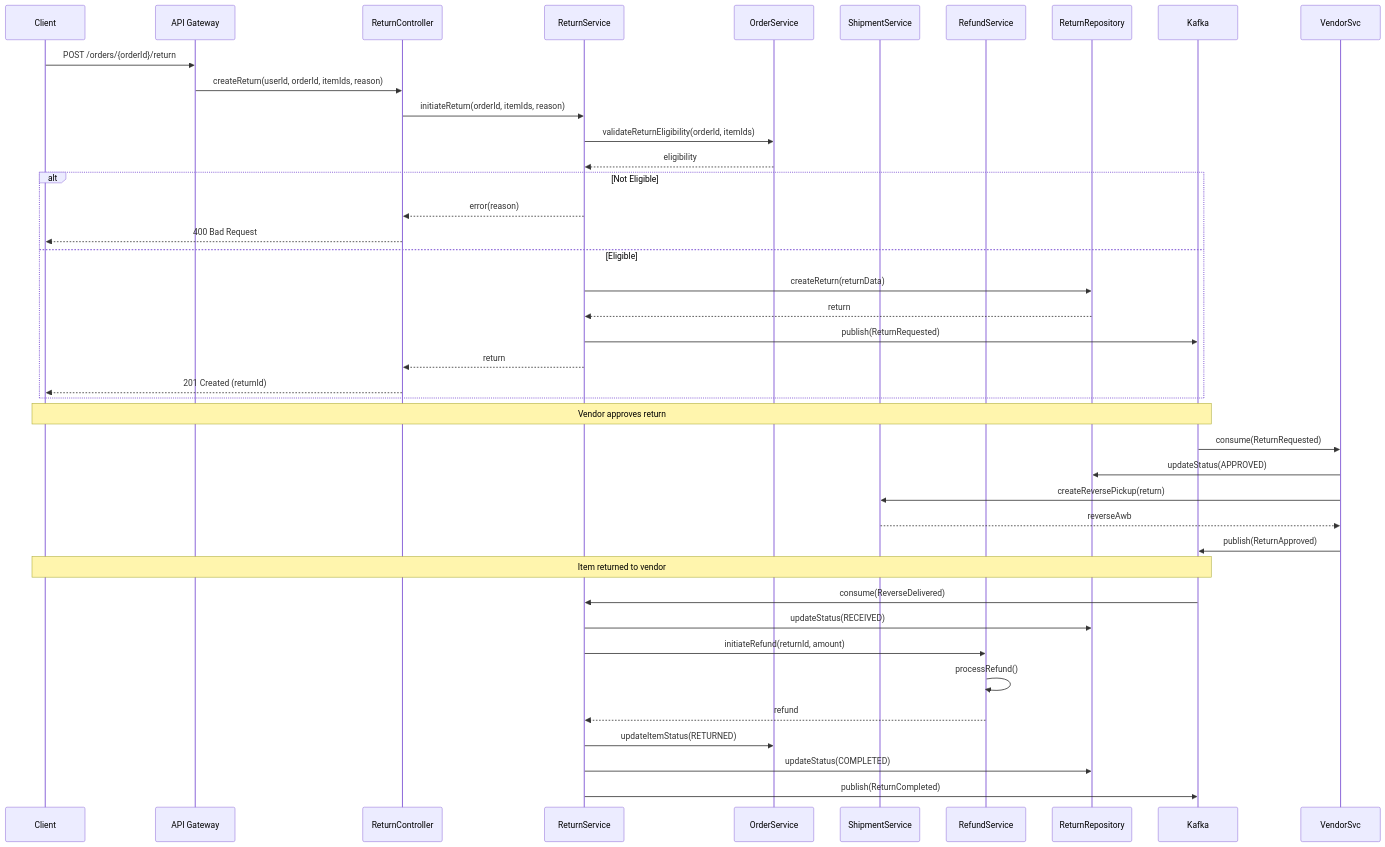
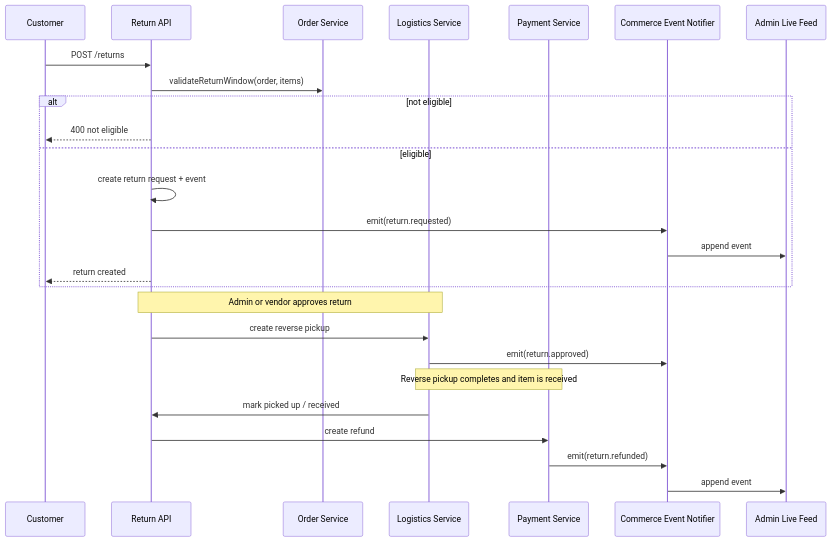
Before and after one commit to 0Ankit0/e-commerce: the fifth of 6 diagrams in docs/system-design/detailed-design/sequence-diagrams.md, drawn with Mermaid. The commit also changed other lines of this file and 24 other files, not shown here.

````diff
--- a/docs/system-design/detailed-design/sequence-diagrams.md
+++ b/docs/system-design/detailed-design/sequence-diagrams.md
@@ -345,57 +158,34 @@
 ```mermaid
 sequenceDiagram
-    participant Client
-    participant Gateway as API Gateway
-    participant ReturnCtrl as ReturnController
-    participant ReturnSvc as ReturnService
-    participant OrderSvc as OrderService
-    participant ShipmentSvc as ShipmentService
-    participant RefundSvc as RefundService
-    participant ReturnRepo as ReturnRepository
-    participant EventBus as Kafka
+    participant Customer
+    participant Returns as Return API
+    participant Orders as Order Service
+    participant Logistics as Logistics Service
+    participant Payments as Payment Service
+    participant Notify as Commerce Event Notifier
+    participant Feed as Admin Live Feed
 
-    Client->>Gateway: POST /orders/{orderId}/return
-    Gateway->>ReturnCtrl: createReturn(userId, orderId, itemIds, reason)
+    Customer->>Returns: POST /returns
+    Returns->>Orders: validateReturnWindow(order, items)
 
-    ReturnCtrl->>ReturnSvc: initiateReturn(orderId, itemIds, reason)
-
-    ReturnSvc->>OrderSvc: validateReturnEligibility(orderId, itemIds)
-    OrderSvc-->>ReturnSvc: eligibility
-
-    alt Not Eligible
-        ReturnSvc-->>ReturnCtrl: error(reason)
-        ReturnCtrl-->>Client: 400 Bad Request
-    else Eligible
-        ReturnSvc->>ReturnRepo: createReturn(returnData)
-        ReturnRepo-->>ReturnSvc: return
-
-        ReturnSvc->>EventBus: publish(ReturnRequested)
-
-        ReturnSvc-->>ReturnCtrl: return
-        ReturnCtrl-->>Client: 201 Created (returnId)
+    alt not eligible
+        Returns-->>Customer: 400 not eligible
+    else eligible
+        Returns->>Returns: create return request + event
+        Returns->>Notify: emit(return.requested)
+        Notify->>Feed: append event
+        Returns-->>Customer: return created
     end
 
-    Note over Client,EventBus: Vendor approves return
+    Note over Returns,Logistics: Admin or vendor approves return
 
-    EventBus->>VendorSvc: consume(ReturnRequested)
-    VendorSvc->>ReturnRepo: updateStatus(APPROVED)
+    Returns->>Logistics: create reverse pickup
+    Logistics->>Notify: emit(return.approved)
 
-    VendorSvc->>ShipmentSvc: createReversePickup(return)
-    ShipmentSvc-->>VendorSvc: reverseAwb
+    Note over Logistics,Payments: Reverse pickup completes and item is received
 
-    VendorSvc->>EventBus: publish(ReturnApproved)
-
-    Note over Client,EventBus: Item returned to vendor
-
-    EventBus->>ReturnSvc: consume(ReverseDelivered)
-    ReturnSvc->>ReturnRepo: updateStatus(RECEIVED)
-
-    ReturnSvc->>RefundSvc: initiateRefund(returnId, amount)
-    RefundSvc->>RefundSvc: processRefund()
-    RefundSvc-->>ReturnSvc: refund
-
-    ReturnSvc->>OrderSvc: updateItemStatus(RETURNED)
-    ReturnSvc->>ReturnRepo: updateStatus(COMPLETED)
-
-    ReturnSvc->>EventBus: publish(ReturnCompleted)
+    Logistics->>Returns: mark picked up / received
+    Returns->>Payments: create refund
+    Payments->>Notify: emit(return.refunded)
+    Notify->>Feed: append event
 ```
````
